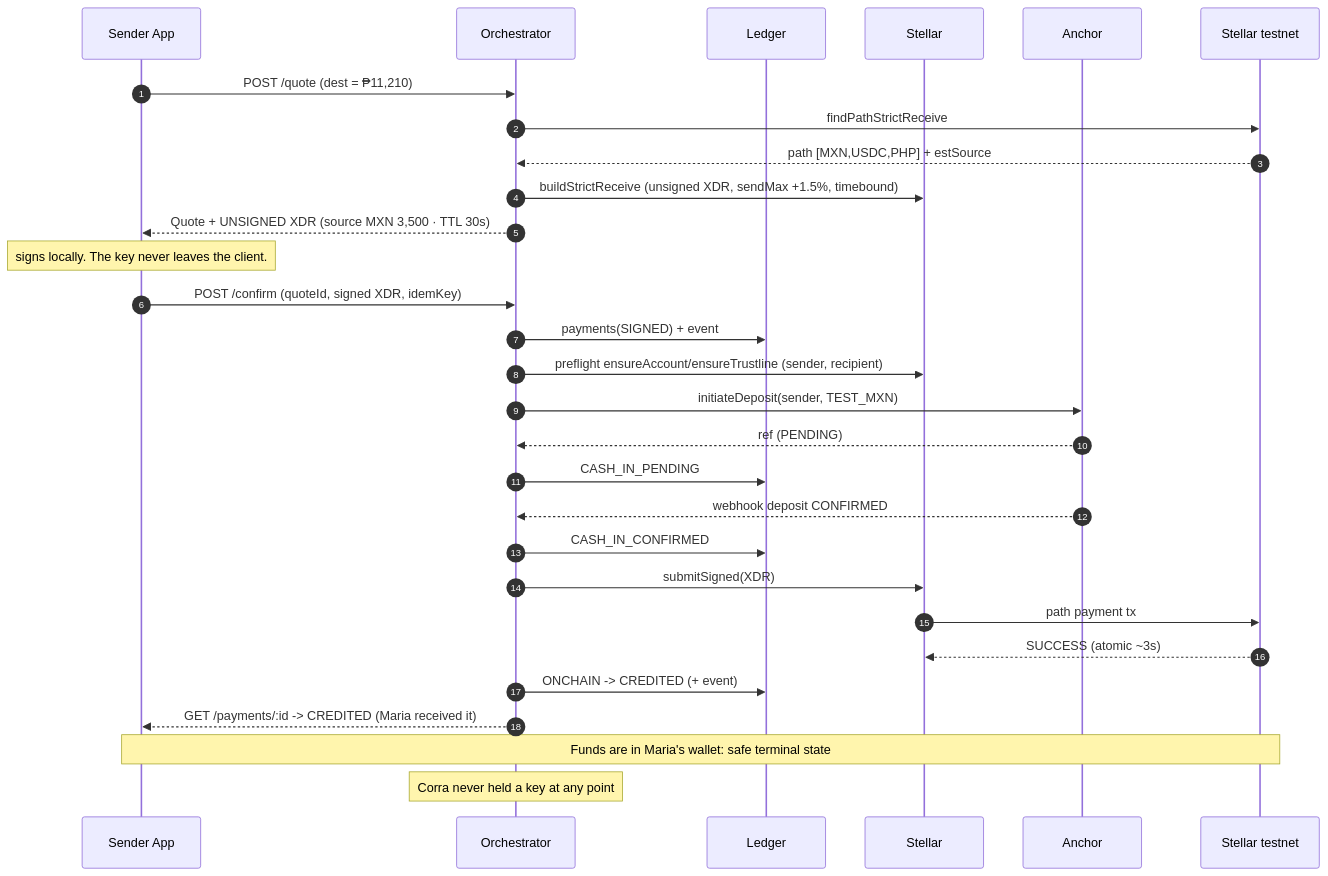
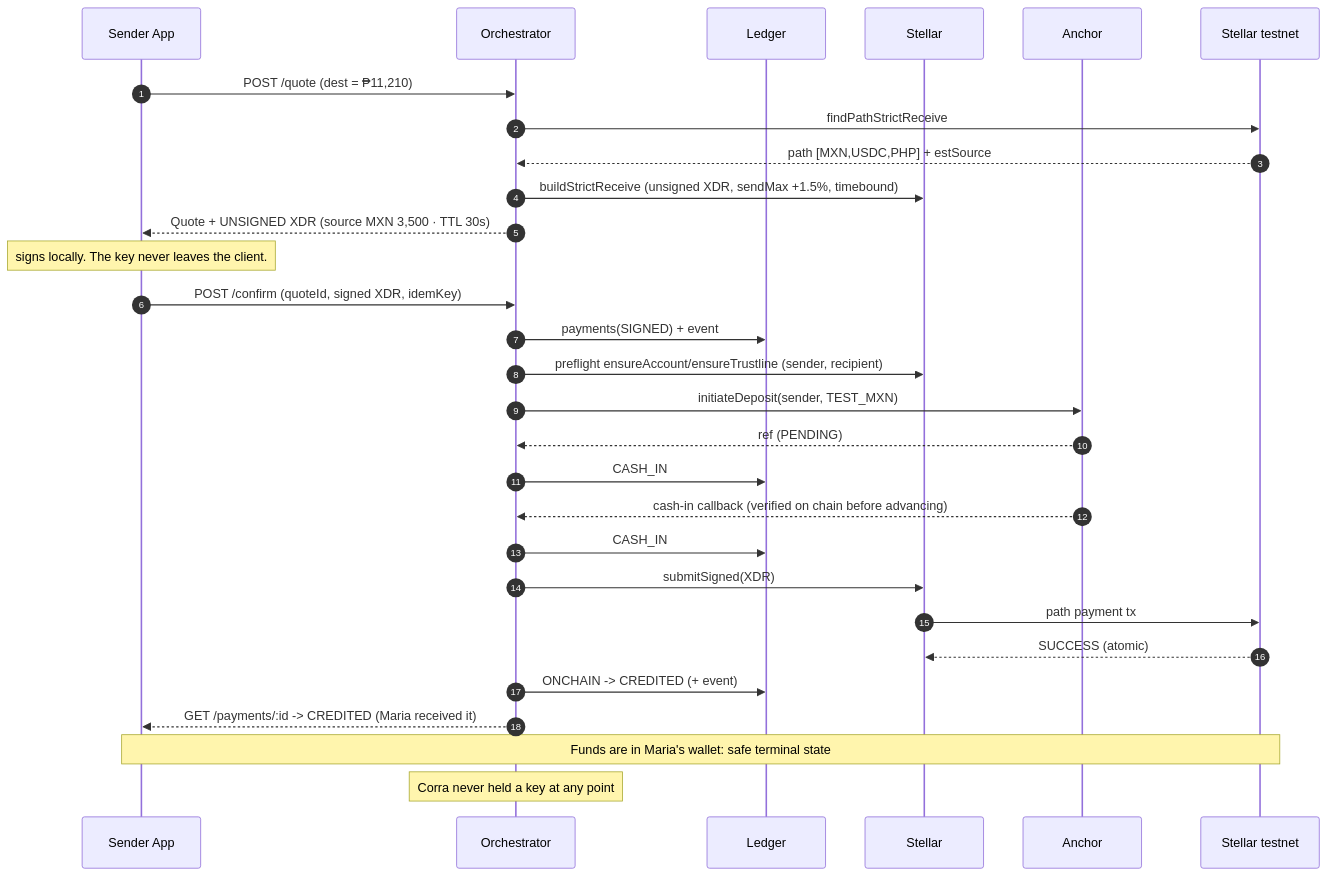
One commit to yigitcangokmen/corramoney changed the first of 5 diagrams in docs/flows.md. Above: the diagram before and after it, drawn with Mermaid. The commit also changed other lines of this file and 8 other files, not shown here.

````diff
--- a/docs/flows.md
+++ b/docs/flows.md
@@ -7,32 +7,32 @@
 ```mermaid
 sequenceDiagram
     autonumber
     participant S as Sender App
     participant O as Orchestrator
     participant L as Ledger
     participant K as Stellar
     participant A as Anchor
     participant X as Stellar testnet
 
     S->>O: POST /quote (dest = ₱11,210)
     O->>X: findPathStrictReceive
     X-->>O: path [MXN,USDC,PHP] + estSource
     O->>K: buildStrictReceive (unsigned XDR, sendMax +1.5%, timebound)
     O-->>S: Quote + UNSIGNED XDR (source MXN 3,500 · TTL 30s)
     Note over S: signs locally. The key never leaves the client.
     S->>O: POST /confirm (quoteId, signed XDR, idemKey)
     O->>L: payments(SIGNED) + event
     O->>K: preflight ensureAccount/ensureTrustline (sender, recipient)
     O->>A: initiateDeposit(sender, TEST_MXN)
     A-->>O: ref (PENDING)
-    O->>L: CASH_IN_PENDING
-    A-->>O: webhook deposit CONFIRMED
-    O->>L: CASH_IN_CONFIRMED
+    O->>L: CASH_IN
+    A-->>O: cash-in callback (verified on chain before advancing)
+    O->>L: CASH_IN
     O->>K: submitSigned(XDR)
     K->>X: path payment tx
-    X-->>K: SUCCESS (atomic ~3s)
+    X-->>K: SUCCESS (atomic)
     O->>L: ONCHAIN -> CREDITED (+ event)
     O-->>S: GET /payments/:id -> CREDITED (Maria received it)
     Note over S,X: Funds are in Maria's wallet: safe terminal state
     Note over O: Corra never held a key at any point
 ```
````
